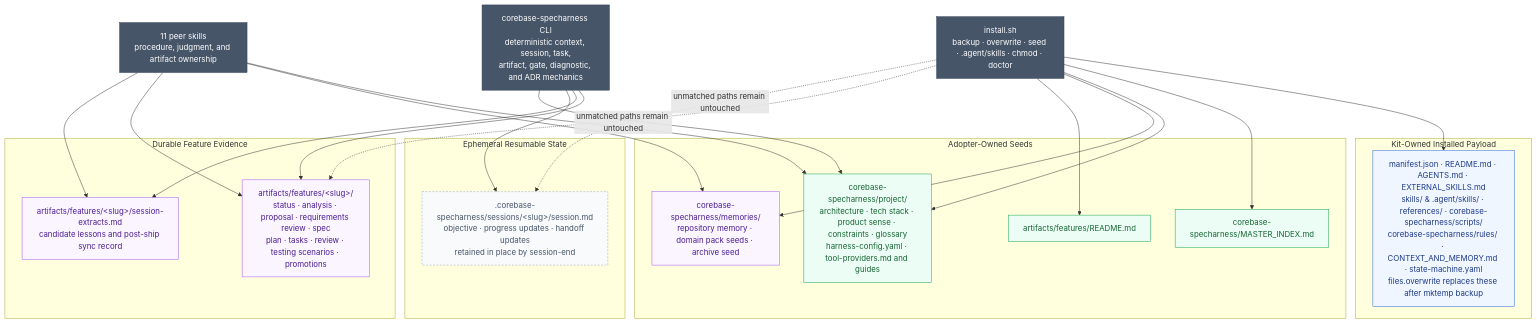
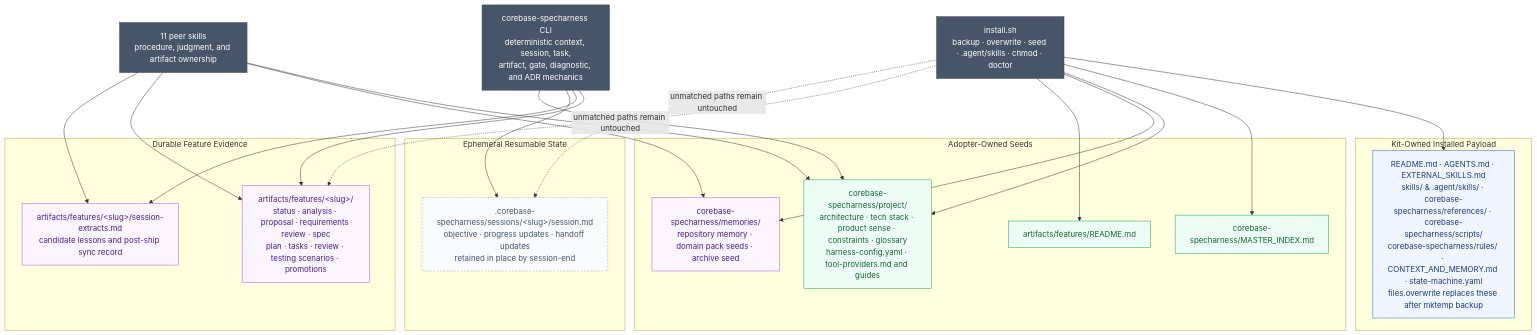
The diagram in documents/diagrams/source/system-design/persistence-classes.mmd (thaihai-swe/corebase-specharness), drawn with Mermaid before and after one commit. The commit also changed 38 other files, not shown here.

First line of the commit message:
Refactor context routing and tool provider references

```diff
--- a/documents/diagrams/source/system-design/persistence-classes.mmd
+++ b/documents/diagrams/source/system-design/persistence-classes.mmd
@@ -1,61 +1,61 @@
 flowchart TD
     %% Persistence Classes — implementation authority: manifest.json, handlers, skills, and context_state.py
     %% Palette: documents/diagrams/source/_shared/palette.md
 
     subgraph KIT["Kit-Owned Installed Payload"]
-        KIT_FILES["manifest.json · README.md · AGENTS.md · EXTERNAL_SKILLS.md<br/>skills/ &amp; .agent/skills/ · references/ · corebase-specharness/scripts/<br/>corebase-specharness/rules/ · CONTEXT_AND_MEMORY.md · state-machine.yaml<br/>files.overwrite replaces these after mktemp backup"]:::core
+        KIT_FILES["README.md · AGENTS.md · EXTERNAL_SKILLS.md<br/>skills/ &amp; .agent/skills/ · corebase-specharness/references/ · corebase-specharness/scripts/<br/>corebase-specharness/rules/ · CONTEXT_AND_MEMORY.md · state-machine.yaml<br/>files.overwrite replaces these after mktemp backup"]:::core
     end
 
     subgraph SEEDS["Adopter-Owned Seeds"]
         INDEX["corebase-specharness/MASTER_INDEX.md"]:::gate
         PROJECT["corebase-specharness/project/<br/>architecture · tech stack · product sense · constraints · glossary<br/>harness-config.yaml · tool-providers.md and guides"]:::gate
         MEMORY["corebase-specharness/memories/<br/>repository memory · domain pack seeds · archive seed"]:::memory
         FEATURE_README["artifacts/features/README.md"]:::gate
     end
 
     subgraph FEATURE["Durable Feature Evidence"]
         ART["artifacts/features/&lt;slug&gt;/<br/>status · analysis · proposal · requirements review · spec<br/>plan · tasks · review · testing scenarios · promotions"]:::memory
         EXTRACTS["artifacts/features/&lt;slug&gt;/session-extracts.md<br/>candidate lessons and post-ship sync record"]:::memory
     end
 
     subgraph SESSION["Ephemeral Resumable State"]
         SESS[".corebase-specharness/sessions/&lt;slug&gt;/session.md<br/>objective · progress updates · handoff updates<br/>retained in place by session-end"]:::optional
     end
 
     INSTALL["install.sh<br/>backup · overwrite · seed · .agent/skills · chmod · doctor"]:::agent
     SKILLS["11 peer skills<br/>procedure, judgment, and artifact ownership"]:::agent
     CLI["corebase-specharness CLI<br/>deterministic context, session, task,<br/>artifact, gate, diagnostic, and ADR mechanics"]:::agent
 
     INSTALL --> KIT_FILES
     INSTALL --> INDEX
     INSTALL --> PROJECT
     INSTALL --> MEMORY
     INSTALL --> FEATURE_README
 
     SKILLS --> PROJECT
     SKILLS --> MEMORY
     SKILLS --> ART
     SKILLS --> EXTRACTS
 
     CLI --> ART
     CLI --> EXTRACTS
     CLI --> SESS
     CLI --> PROJECT
 
     INSTALL -.->|unmatched paths remain untouched| ART
     INSTALL -.->|unmatched paths remain untouched| SESS
 
     classDef terminal fill:#111827,stroke:#111827,color:#fff
     classDef core fill:#eff6ff,stroke:#2563eb,color:#1e3a8a
     classDef gate fill:#ecfdf5,stroke:#16a34a,color:#166534
     classDef decision fill:#fff7ed,stroke:#f59e0b,color:#78350f
     classDef optional fill:#f8fafc,stroke:#94a3b8,color:#475569,stroke-dasharray:4 3
     classDef external fill:#f0f9ff,stroke:#0ea5e9,color:#0c4a6e
     classDef memory fill:#faf5ff,stroke:#a855f7,color:#4c1d95
     classDef agent fill:#475569,stroke:#334155,color:#fff
 
     class KIT_FILES core
     class INDEX,PROJECT,FEATURE_README gate
     class MEMORY,ART,EXTRACTS memory
     class SESS optional
     class INSTALL,SKILLS,CLI agent
```
